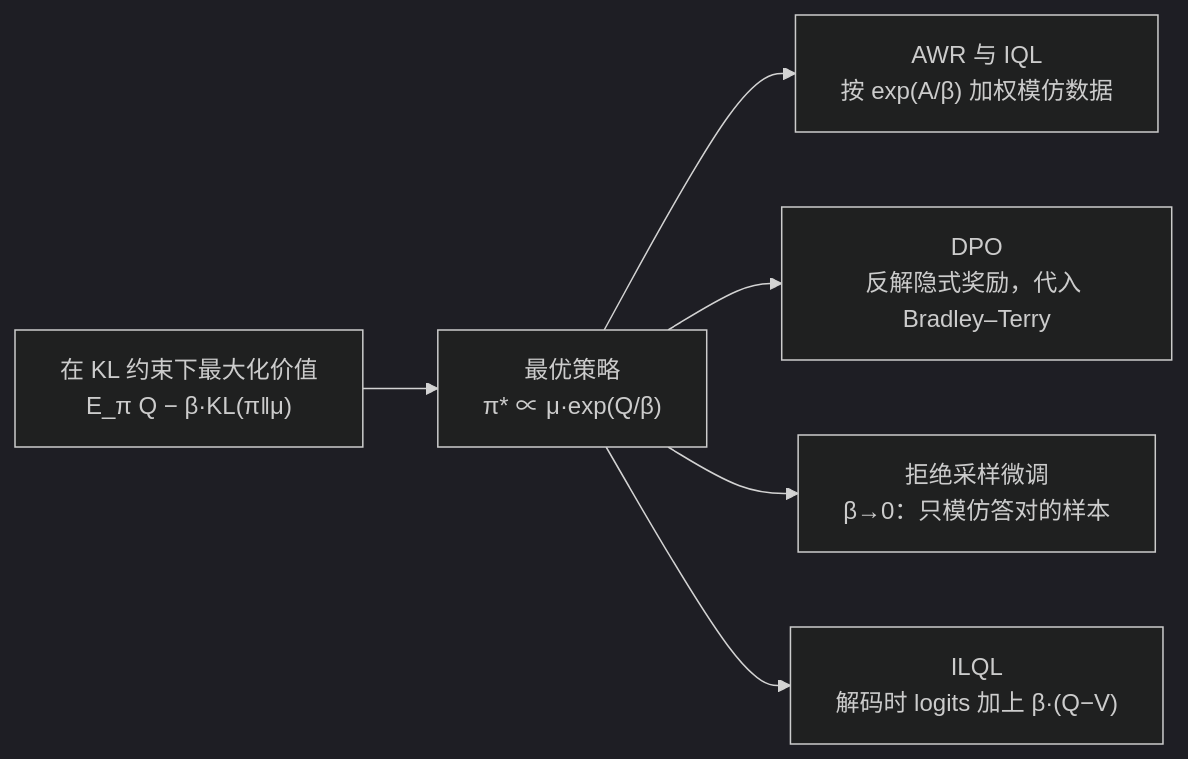
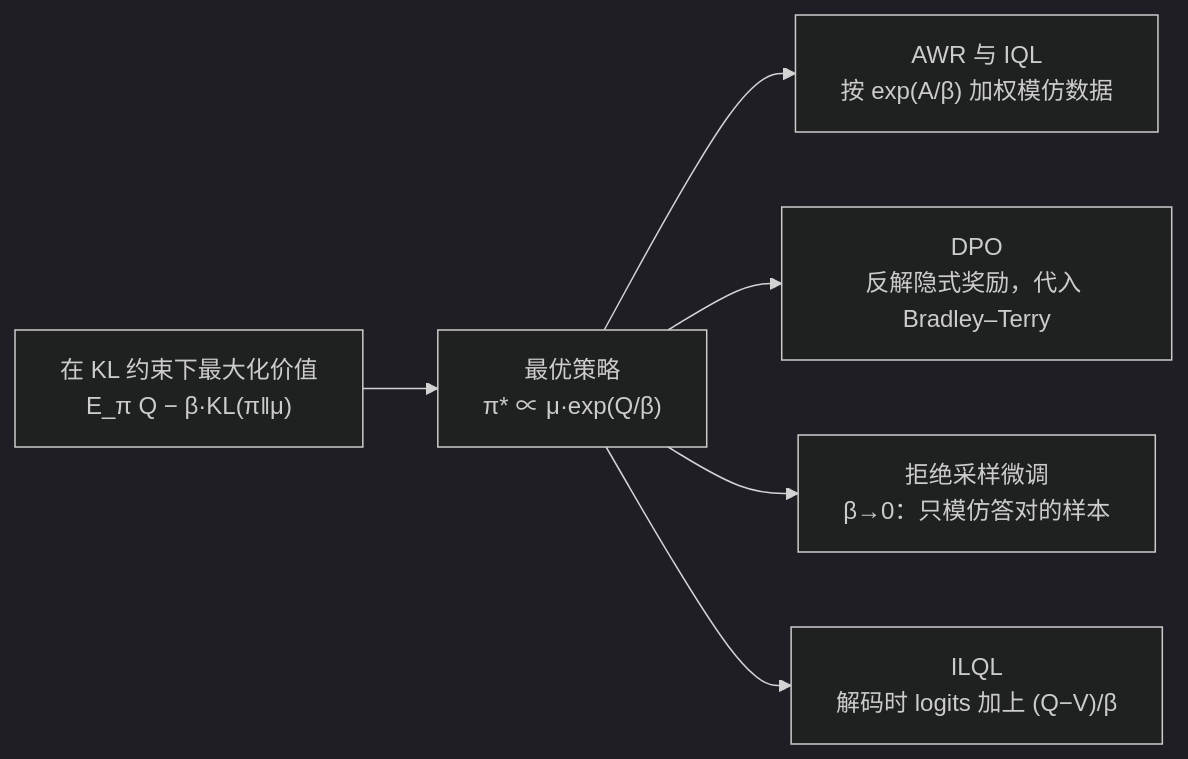
Before and after one commit to localityv-hash/flash-jax: the second of 3 diagrams in docs/topics/classic-rl.md, drawn with Mermaid (dark theme). The commit also changed other lines of this file and 24 other files, not shown here.

````diff
--- a/docs/topics/classic-rl.md
+++ b/docs/topics/classic-rl.md
@@ -215,8 +223,8 @@
 ```mermaid 同一个闭式解，四种落地方式
 flowchart LR
   OBJ["在 KL 约束下最大化价值<br/>E_π Q − β·KL(π‖μ)"] --> STAR["最优策略<br/>π* ∝ μ·exp(Q/β)"]
   STAR --> AWR["AWR 与 IQL<br/>按 exp(A/β) 加权模仿数据"]
   STAR --> DPO["DPO<br/>反解隐式奖励，代入 Bradley–Terry"]
   STAR --> RFT["拒绝采样微调<br/>β→0：只模仿答对的样本"]
-  STAR --> ILQL["ILQL<br/>解码时 logits 加上 β·(Q−V)"]
+  STAR --> ILQL["ILQL<br/>解码时 logits 加上 (Q−V)/β"]
 ```
````
